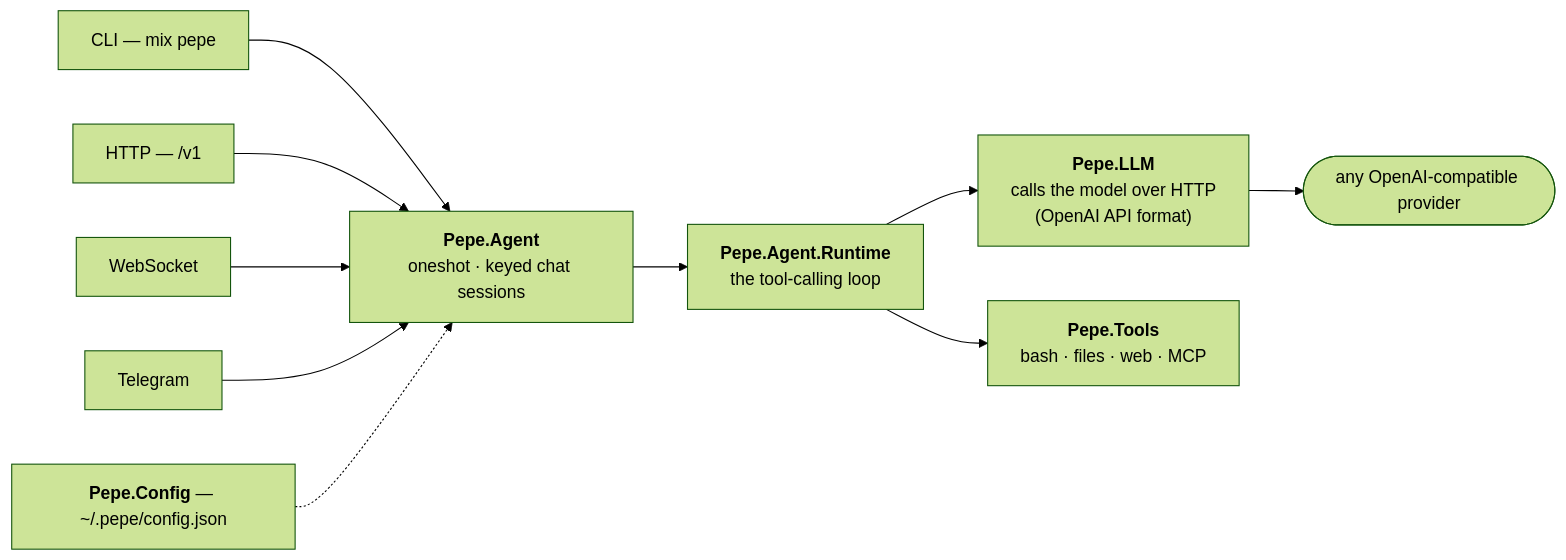
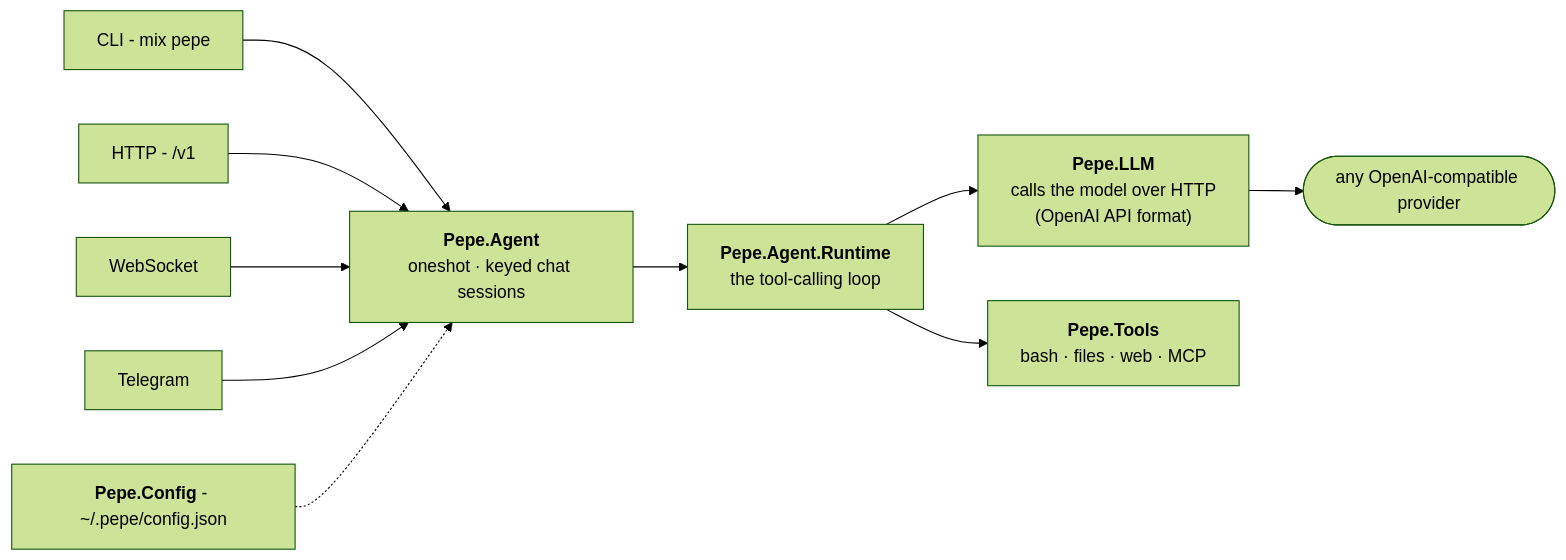
Before and after one commit to pepe-agent/pepe: the diagram in README.md, drawn with Mermaid (forest theme). The commit also changed other lines of this file and 153 other files, not shown here.

````diff
--- a/README.md
+++ b/README.md
@@ -48,13 +48,13 @@
 ```mermaid
 flowchart LR
-    CLI["CLI — mix pepe"] --> AG
-    API["HTTP — /v1"] --> AG
+    CLI["CLI - mix pepe"] --> AG
+    API["HTTP - /v1"] --> AG
     WS["WebSocket"] --> AG
     TG["Telegram"] --> AG
 
     AG["<b>Pepe.Agent</b><br/>oneshot · keyed chat sessions"] --> RT
     RT["<b>Pepe.Agent.Runtime</b><br/>the tool-calling loop"] --> LLM
     RT --> TL["<b>Pepe.Tools</b><br/>bash · files · web · MCP"]
     LLM["<b>Pepe.LLM</b><br/>calls the model over HTTP<br/>(OpenAI API format)"] --> PROV(["any OpenAI-compatible provider"])
-    CFG["<b>Pepe.Config</b> — ~/.pepe/config.json"] -.-> AG
+    CFG["<b>Pepe.Config</b> - ~/.pepe/config.json"] -.-> AG
 ```
````
